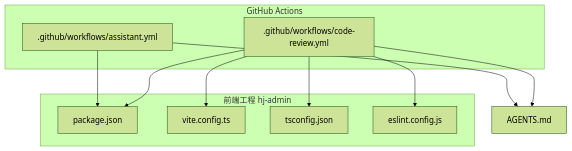
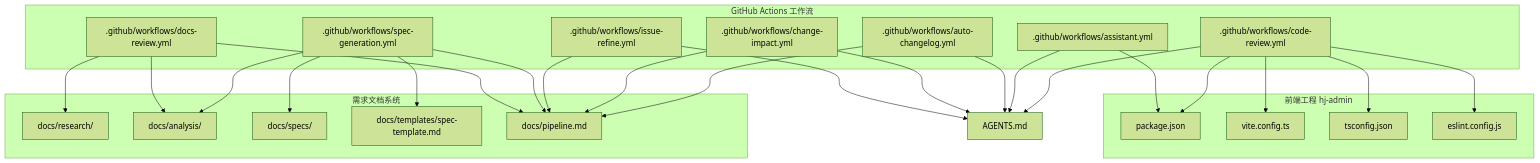
Before and after one commit to Seiano/hj-admin: the first of 11 diagrams in .qoder/repowiki/zh/content/部署运维/CI_CD工作流配置.md, drawn with Mermaid (forest theme). The commit also changed other lines of this file and 6 other files, not shown here.

First line of the commit message:
fix: pass issue body directly to Qoder in workflows

````diff
--- a/.qoder/repowiki/zh/content/部署运维/CI_CD工作流配置.md
+++ b/.qoder/repowiki/zh/content/部署运维/CI_CD工作流配置.md
@@ -39,21 +59,46 @@
 ```mermaid
 graph TB
-subgraph "GitHub Actions"
+subgraph "GitHub Actions 工作流"
 A[".github/workflows/assistant.yml"]
 B[".github/workflows/code-review.yml"]
+C[".github/workflows/docs-review.yml"]
+D[".github/workflows/spec-generation.yml"]
+E[".github/workflows/issue-refine.yml"]
+F[".github/workflows/change-impact.yml"]
+G[".github/workflows/auto-changelog.yml"]
 end
 subgraph "前端工程 hj-admin"
-C["package.json"]
-D["vite.config.ts"]
-E["tsconfig.json"]
-F["eslint.config.js"]
+H["package.json"]
+I["vite.config.ts"]
+J["tsconfig.json"]
+K["eslint.config.js"]
 end
-G["AGENTS.md"]
-A --> C
-B --> C
-B --> F
-B --> E
-B --> D
-A --> G
-B --> G
+subgraph "需求文档系统"
+L["docs/research/"]
+M["docs/analysis/"]
+N["docs/specs/"]
+O["docs/templates/spec-template.md"]
+P["docs/pipeline.md"]
+end
+Q["AGENTS.md"]
+A --> H
+B --> H
+B --> K
+B --> J
+B --> I
+C --> L
+C --> M
+D --> M
+D --> N
+D --> O
+E --> Q
+F --> Q
+G --> Q
+A --> Q
+B --> Q
+C --> P
+D --> P
+E --> P
+F --> P
+G --> P
 ```
````
